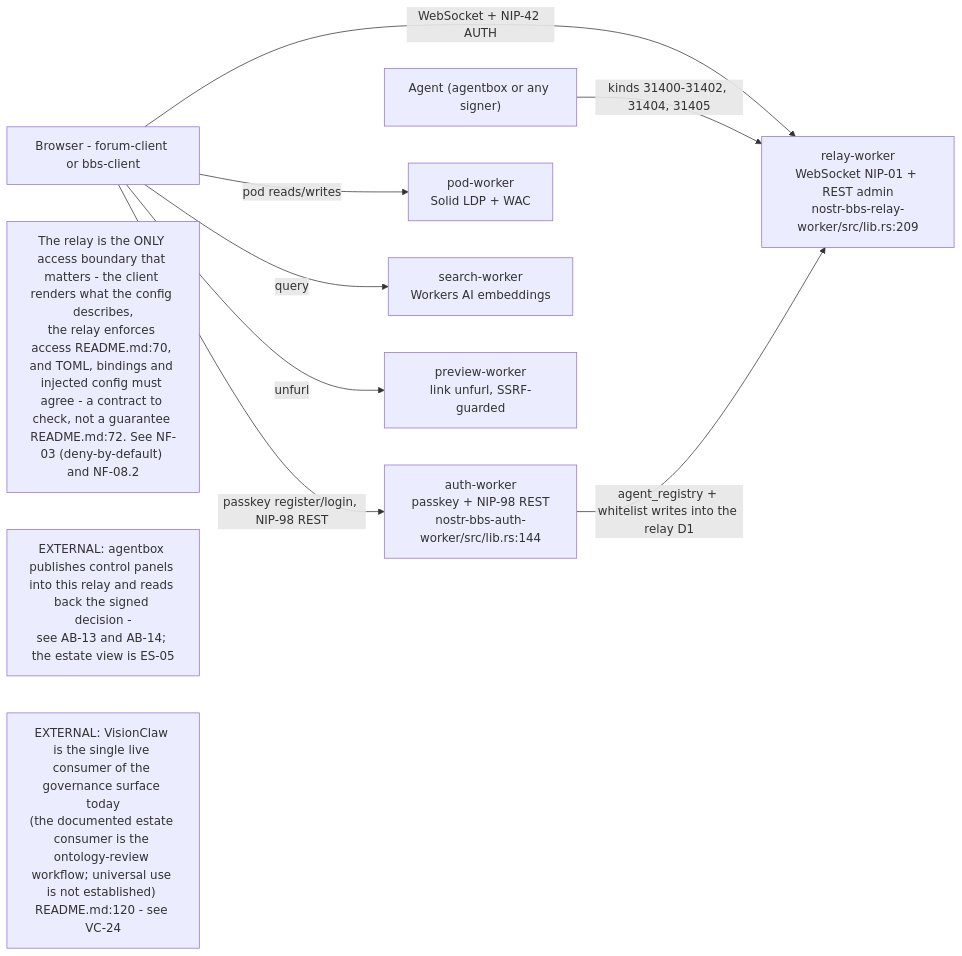
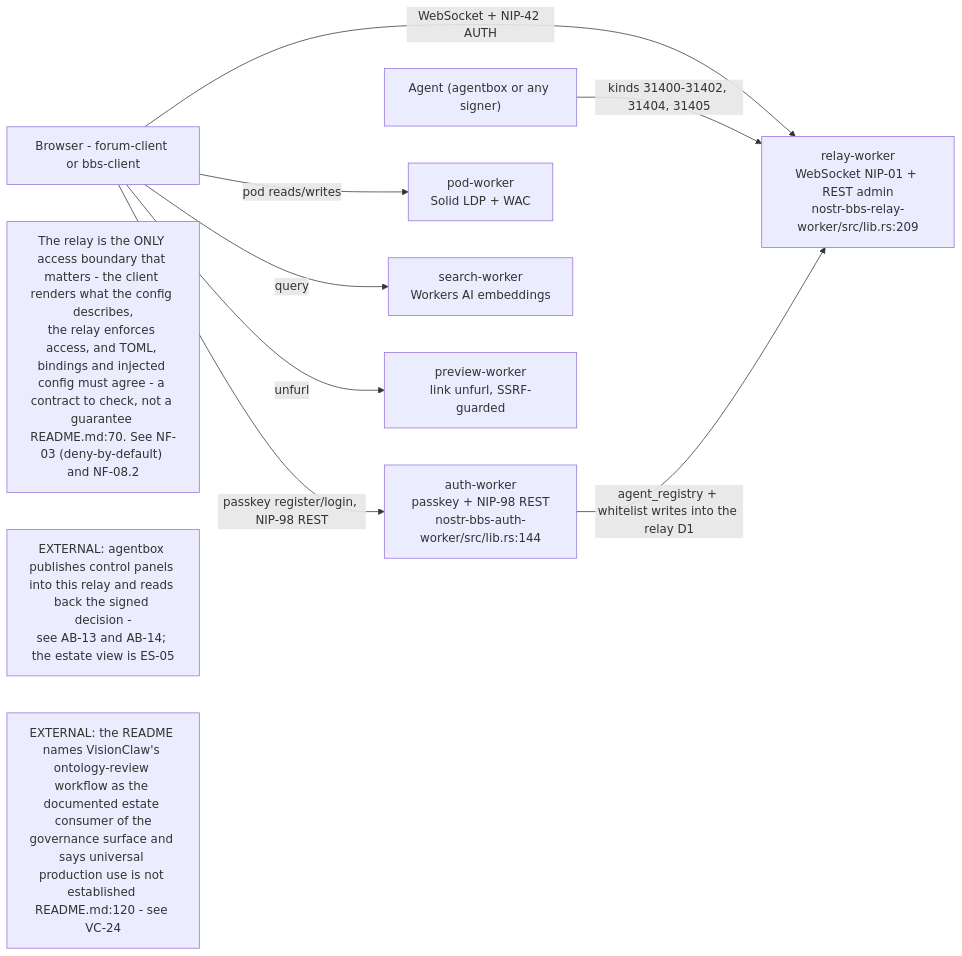
Before and after one commit to DreamLab-AI/VisionFlow: the sixth of 6 diagrams in docs/diagrams/nostr-rust-forum/01-workspace-and-worker-topology.md, drawn with Mermaid. The commit also changed other lines of this file and 91 other files, not shown here.

First line of the commit message:
docs(audit): estate audit wave 2, every repository except agentbox and VisionClaw

````diff
--- a/docs/diagrams/nostr-rust-forum/01-workspace-and-worker-topology.md
+++ b/docs/diagrams/nostr-rust-forum/01-workspace-and-worker-topology.md
@@ -216,22 +233,22 @@
 ```mermaid
 flowchart LR
     BROWSER["Browser - forum-client or bbs-client"]
     AGENT["Agent (agentbox or any signer)"]
     RELAYW["relay-worker<br/>WebSocket NIP-01 + REST admin<br/>nostr-bbs-relay-worker/src/lib.rs:209"]
     AUTHW["auth-worker<br/>passkey + NIP-98 REST<br/>nostr-bbs-auth-worker/src/lib.rs:144"]
     PODW["pod-worker<br/>Solid LDP + WAC"]
     SEARCHW["search-worker<br/>Workers AI embeddings"]
     PREVW["preview-worker<br/>link unfurl, SSRF-guarded"]
 
     BROWSER -->|"WebSocket + NIP-42 AUTH"| RELAYW
     BROWSER -->|"passkey register/login, NIP-98 REST"| AUTHW
     BROWSER -->|"pod reads/writes"| PODW
     BROWSER -->|"query"| SEARCHW
     BROWSER -->|"unfurl"| PREVW
     AGENT -->|"kinds 31400-31402, 31404, 31405"| RELAYW
     AUTHW -->|"agent_registry + whitelist writes into the relay D1"| RELAYW
 
-    N1["The relay is the ONLY access boundary that matters - the client renders what the config describes,<br/>the relay enforces access README.md:70, and TOML, bindings and injected config must agree - a contract to check, not a guarantee README.md:72. See NF-03 (deny-by-default) and NF-08.2"]
+    N1["The relay is the ONLY access boundary that matters - the client renders what the config describes,<br/>the relay enforces access, and TOML, bindings and injected config must agree - a contract to check, not a guarantee README.md:70. See NF-03 (deny-by-default) and NF-08.2"]
     N2["EXTERNAL: agentbox publishes control panels into this relay and reads back the signed decision -<br/>see AB-13 and AB-14; the estate view is ES-05"]
-    N3["EXTERNAL: VisionClaw is the single live consumer of the governance surface today<br/>(the documented estate consumer is the ontology-review workflow; universal use is not established) README.md:120 - see VC-24"]
+    N3["EXTERNAL: the README names VisionClaw's ontology-review workflow as the documented estate consumer of the<br/>governance surface and says universal production use is not established README.md:120 - see VC-24"]
 ```
````
